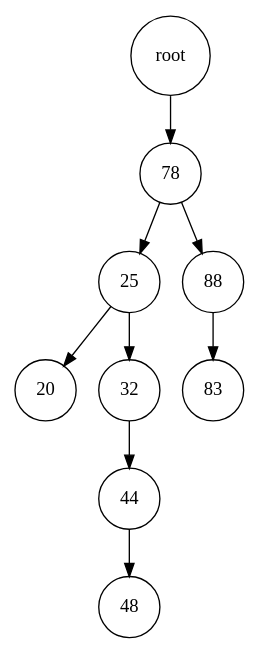
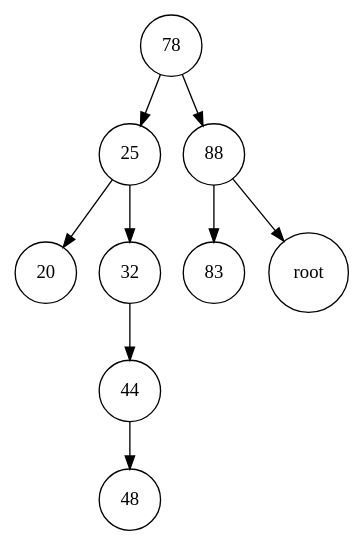
Before and after one commit to mfer/ptasgig: the diagram in reports/tree.gv, drawn with Graphviz. The commit also changed 9 other files, not shown here.

```diff
--- a/reports/tree.gv
+++ b/reports/tree.gv
@@ -1,25 +1,25 @@
 digraph bstree {
 
     node [shape = circle];
     graph [ordering="out"];
 
     1 [label = "20"];
     2 [label = "25"];
     3 [label = "32"];
     4 [label = "44"];
     5 [label = "48"];
     6 [label = "78"];
     7 [label = "83"];
     8 [label = "88"];
     9 [label = "root"];
 
-    9 -> 6;
     6 -> 2;
     2 -> 1;
     2 -> 3;
     3 -> 4;
     4 -> 5;
     6 -> 8;
     8 -> 7;
+    8 -> 9;
 
 }
```
